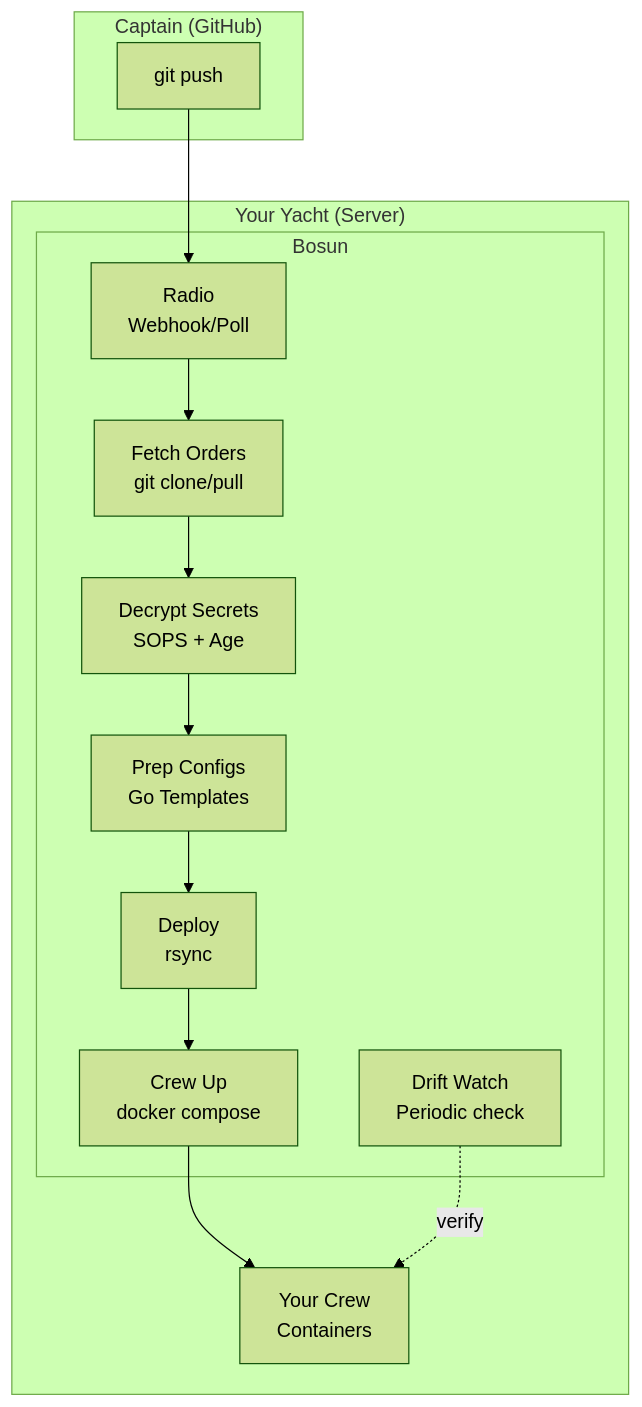
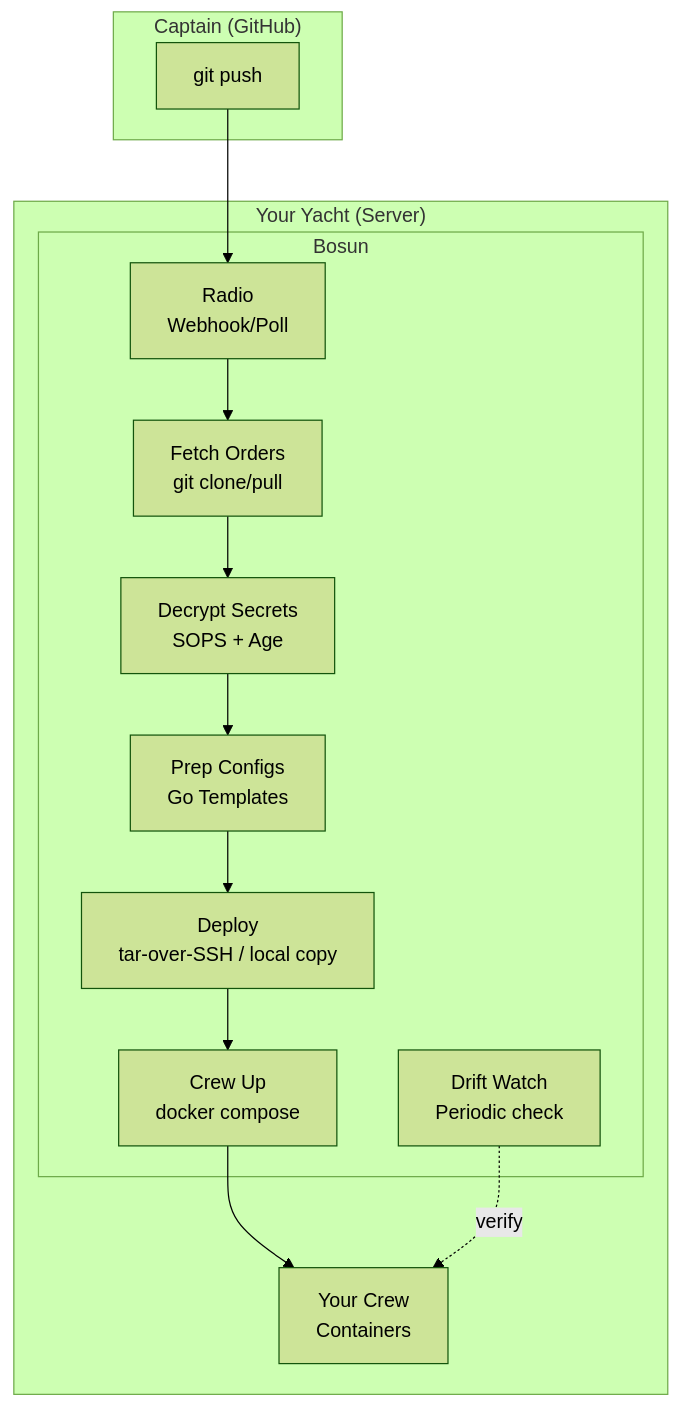
One commit to cameronsjo/bosun changed the second of 3 diagrams in README.md. Above: the diagram before and after it, drawn with Mermaid (forest theme). The commit also changed other lines of this file and 15 other files, not shown here.

````diff
--- a/README.md
+++ b/README.md
@@ -38,28 +38,28 @@
 ```mermaid
 graph TB
     subgraph Captain["Captain (GitHub)"]
         GH[git push]
     end
 
     subgraph Yacht["Your Yacht (Server)"]
         subgraph Bosun
             Radio[Radio<br/>Webhook/Poll]
             Fetch[Fetch Orders<br/>git clone/pull]
             Decrypt[Decrypt Secrets<br/>SOPS + Age]
             Template[Prep Configs<br/>Go Templates]
-            Deploy[Deploy<br/>rsync]
+            Deploy[Deploy<br/>tar-over-SSH / local copy]
             Compose[Crew Up<br/>docker compose]
             Drift[Drift Watch<br/>Periodic check]
         end
         Crew[Your Crew<br/>Containers]
     end
 
     GH --> Radio
     Radio --> Fetch
     Fetch --> Decrypt
     Decrypt --> Template
     Template --> Deploy
     Deploy --> Compose
     Compose --> Crew
     Drift -.->|verify| Crew
 ```
````
